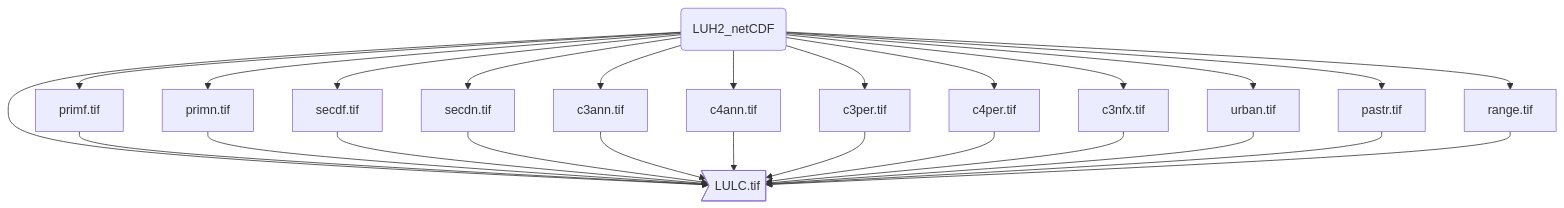
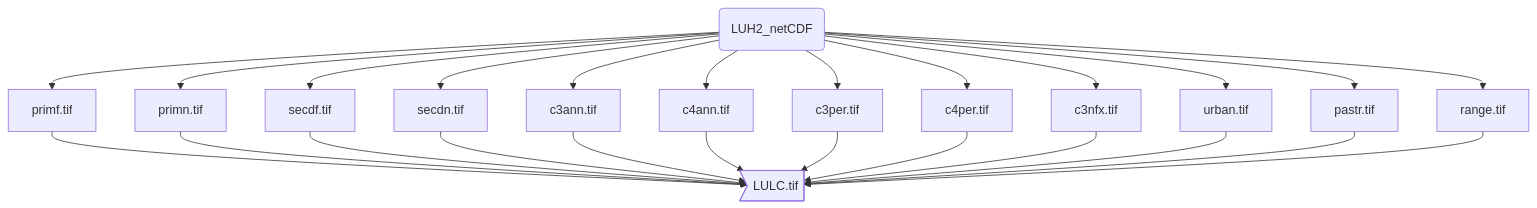
The second of 2 diagrams in README.md (Tai-Rocha/LUH2_Data), drawn with Mermaid before and after one commit.

````diff
--- a/README.md
+++ b/README.md
@@ -31,28 +31,27 @@
 ```mermaid
 graph TB
-A(Start)-->O(Stop)
 A(<font size=3>LUH2_netCDF) --> B[<font size=3>primf.tif]
     A --> C[<font size=3>primn.tif]
     A --> D[<font size=3>secdf.tif]
     A --> E[<font size=3>secdn.tif]
     A --> F[<font size=3>c3ann.tif]
     A --> G[<font size=3>c4ann.tif]
     A --> H[<font size=3>c3per.tif]
     A --> I[<font size=3>c4per.tif]
     A --> J[<font size=3>c3nfx.tif]
     A --> L[<font size=3>urban.tif]
     A --> M[<font size=3>pastr.tif]
     A --> N[<font size=3>range.tif]
     B --> O><font size=3>LULC.tif]
     C --> O><font size=3>LULC.tif]
     D --> O><font size=3>LULC.tif]
     E --> O><font size=3>LULC.tif]
     F --> O><font size=3>LULC.tif]
     G --> O><font size=3>LULC.tif]
     H --> O><font size=3>LULC.tif]
     I --> O><font size=3>LULC.tif]
     J --> O><font size=3>LULC.tif]
     L --> O><font size=3>LULC.tif]
     M --> O><font size=3>LULC.tif]
     N --> O><font size=3>LULC.tif]
 ```
````
